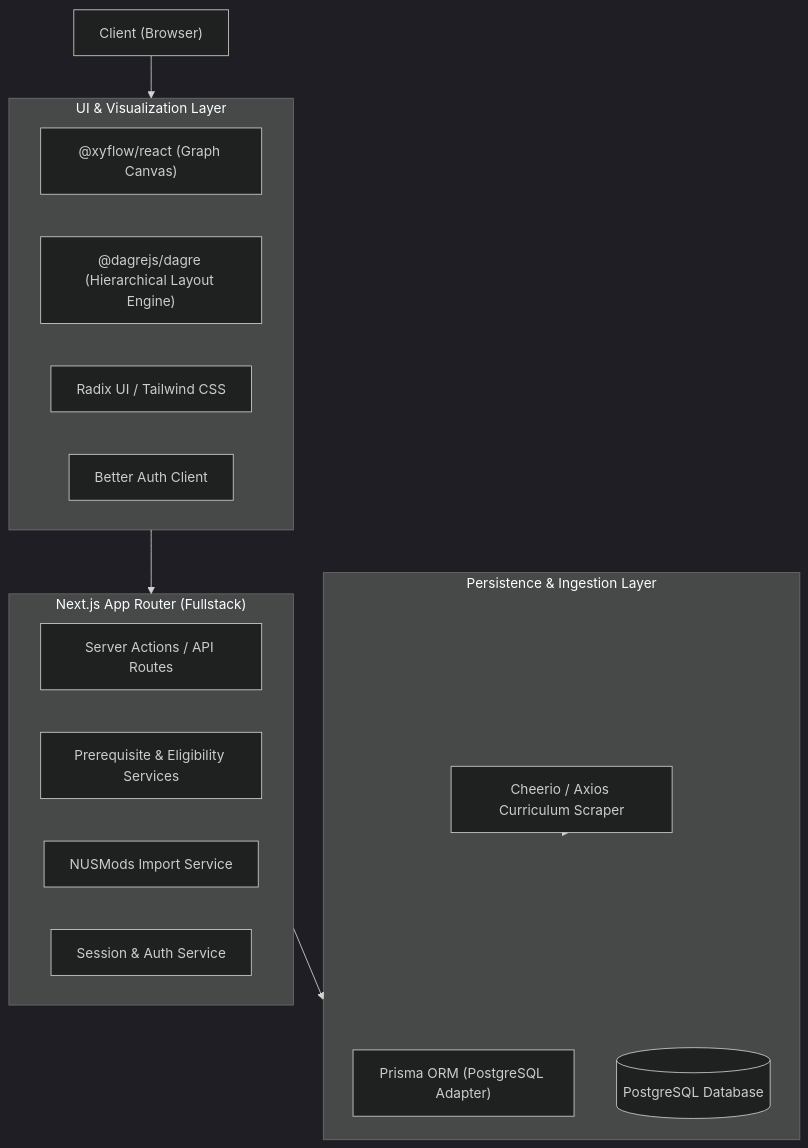
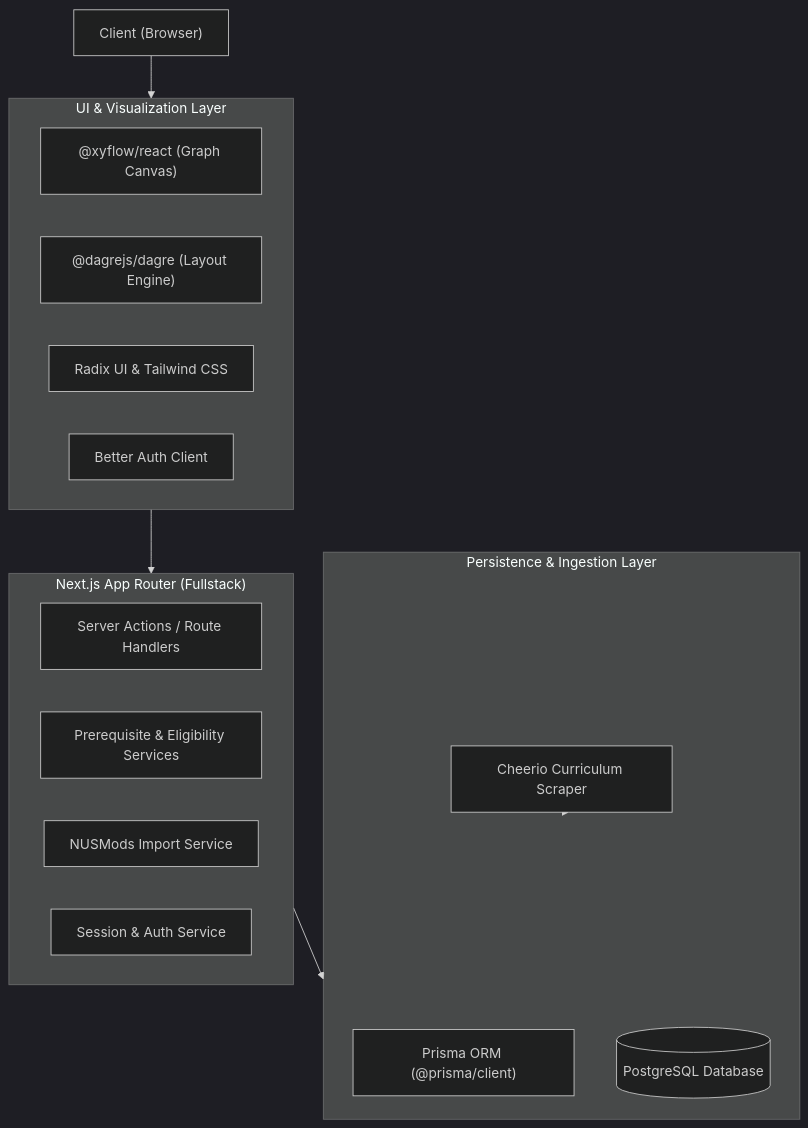
Before and after one commit to Raaghulk04/NusTree: the first of 4 diagrams in README.md, drawn with Mermaid (dark theme). The commit also changed other lines of this file, not shown here.

````diff
--- a/README.md
+++ b/README.md
@@ -43,28 +43,29 @@
 ```mermaid
-graph TD
+flowchart TD
     Client["Client (Browser)"]
+    
     subgraph UI_Layer["UI & Visualization Layer"]
         ReactFlow["@xyflow/react (Graph Canvas)"]
-        Dagre["@dagrejs/dagre (Hierarchical Layout Engine)"]
-        Components["Radix UI / Tailwind CSS"]
+        Dagre["@dagrejs/dagre (Layout Engine)"]
+        Components["Radix UI & Tailwind CSS"]
         AuthClient["Better Auth Client"]
     end
 
     subgraph App_Layer["Next.js App Router (Fullstack)"]
-        ServerActions["Server Actions / API Routes"]
+        ServerActions["Server Actions / Route Handlers"]
         PrereqEngine["Prerequisite & Eligibility Services"]
         ImportService["NUSMods Import Service"]
         SessionService["Session & Auth Service"]
     end
 
     subgraph Data_Layer["Persistence & Ingestion Layer"]
-        Prisma["Prisma ORM (PostgreSQL Adapter)"]
-        Postgres[(PostgreSQL Database)]
-        Scraper["Cheerio / Axios Curriculum Scraper"]
+        Prisma["Prisma ORM (@prisma/client)"]
+        Postgres[("PostgreSQL Database")]
+        Scraper["Cheerio Curriculum Scraper"]
     end
 
     Client --> UI_Layer
     UI_Layer --> App_Layer
     App_Layer --> Data_Layer
     Scraper --> Data_Layer
 ```
````
